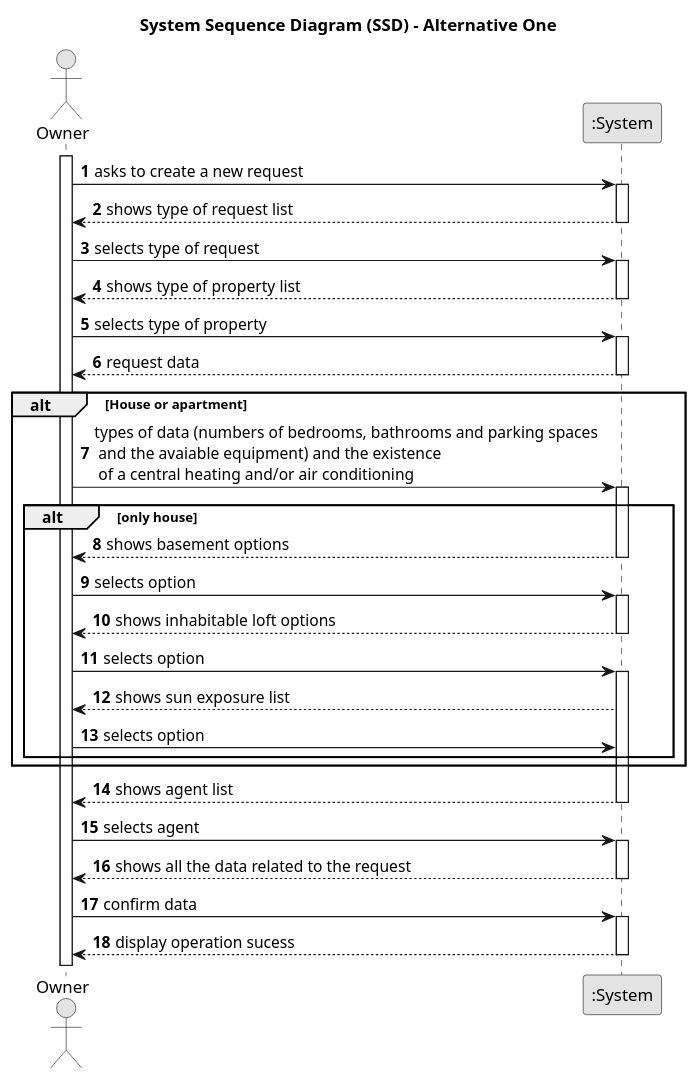
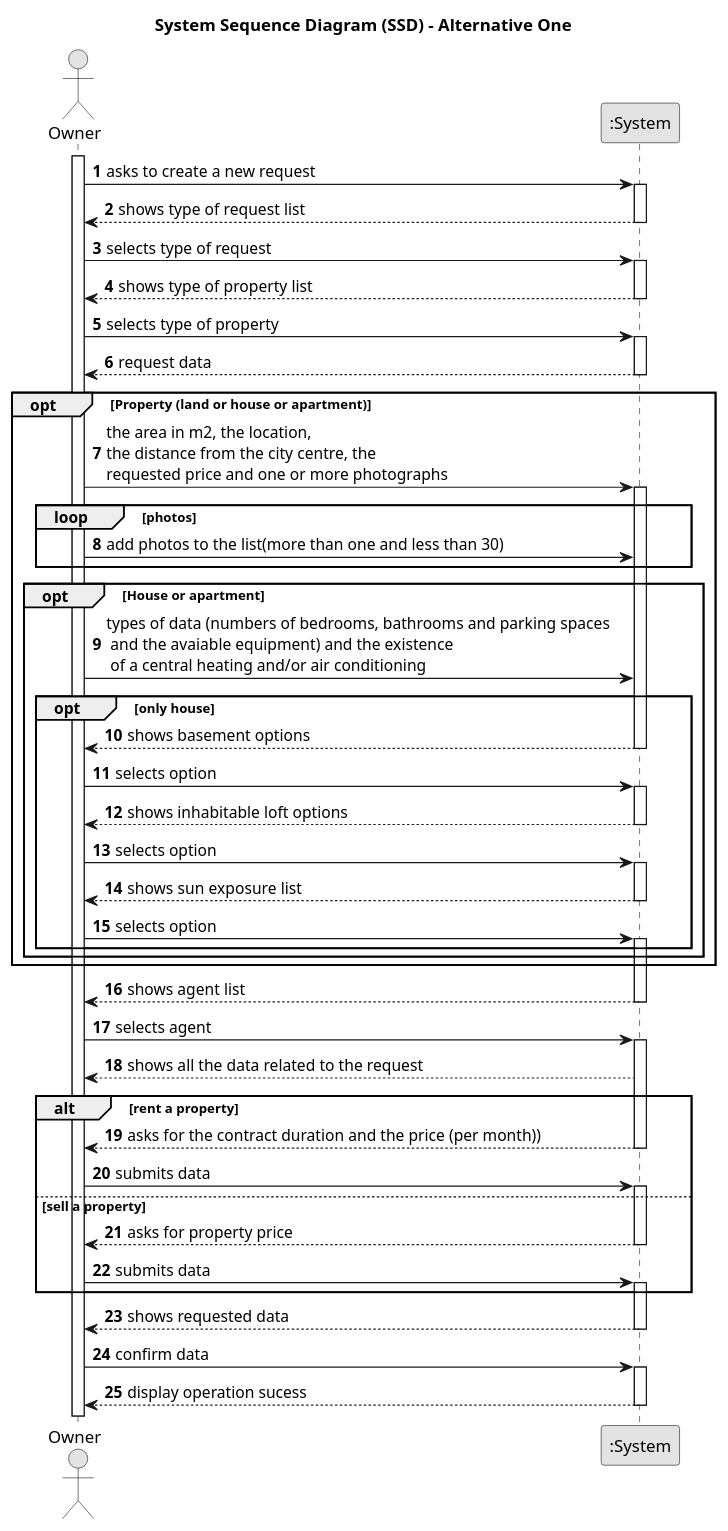
One commit to Rodrick0209/ISEP-LAPR2-22-23 changed the diagram in docs/Sprint-B/US004/01.requirements-engineering/puml/us004-system-sequence-diagram-alternative-one.puml. Above: the diagram before and after it, drawn with PlantUML. The commit also changed 1 other file, not shown here.

```diff
--- a/docs/Sprint-B/US004/01.requirements-engineering/puml/us004-system-sequence-diagram-alternative-one.puml
+++ b/docs/Sprint-B/US004/01.requirements-engineering/puml/us004-system-sequence-diagram-alternative-one.puml
@@ -1,83 +1,112 @@
 @startuml
 skinparam monochrome true
 skinparam packageStyle rectangle
 skinparam shadowing false
 
 title System Sequence Diagram (SSD) - Alternative One
 
 autonumber
 
 actor "Owner" as Employee
 participant ":System" as System
 
 activate Employee
 
     Employee -> System : asks to create a new request
     activate System
 
         System --> Employee : shows type of request list
     deactivate System
 
     Employee -> System : selects type of request
     activate System
 
         System --> Employee : shows type of property list
 
     deactivate System
 
     Employee -> System : selects type of property
 
     activate System
 
         System --> Employee : request data
     deactivate System
 
-alt House or apartment
+opt Property (land or house or apartment)
+
+   Employee -> System : the area in m2, the location,\nthe distance from the city centre, the\nrequested price and one or more photographs
+    activate System
+
+    loop photos
+    Employee -> System : add photos to the list(more than one and less than 30)
+    end
+
+opt House or apartment
 
     Employee -> System : types of data (numbers of bedrooms, bathrooms and parking spaces \n and the avaiable equipment) and the existence \n of a central heating and/or air conditioning
 
 
-alt only house
+opt only house
+      System --> Employee : shows basement options
+      deactivate System
 
+
+      Employee -> System : selects option
       activate System
 
-            System --> Employee : shows basement options
+    System --> Employee : shows inhabitable loft options
       deactivate System
 
-      Employee -> System : selects option
-
-      activate System
-
-            System --> Employee : shows inhabitable loft options
-      deactivate System
 
       Employee -> System :  selects option
 
       activate System
 
             System --> Employee :shows sun exposure list
+      deactivate System
 
       Employee -> System :selects option
+      activate System
+
 end
 end
+end
+
 
      activate System
 
         System --> Employee : shows agent list
     deactivate System
 
     Employee -> System :  selects agent
 
      activate System
 
         System --> Employee : shows all the data related to the request
-     deactivate System
+
+
+    alt rent a property
+            System --> Employee : asks for the contract duration and the price (per month))
+         deactivate System
+            Employee -> System : submits data
+            activate System
+         else       sell a property
+            System --> Employee : asks for property price
+            deactivate System
+            Employee -> System : submits data
+            activate System
+
+         end
+
+    System --> Employee: shows requested data
+
+    deactivate System
 
      Employee -> System : confirm data
 
      activate System
 
             System --> Employee : display operation sucess
      deactivate System
 
 @enduml
```
